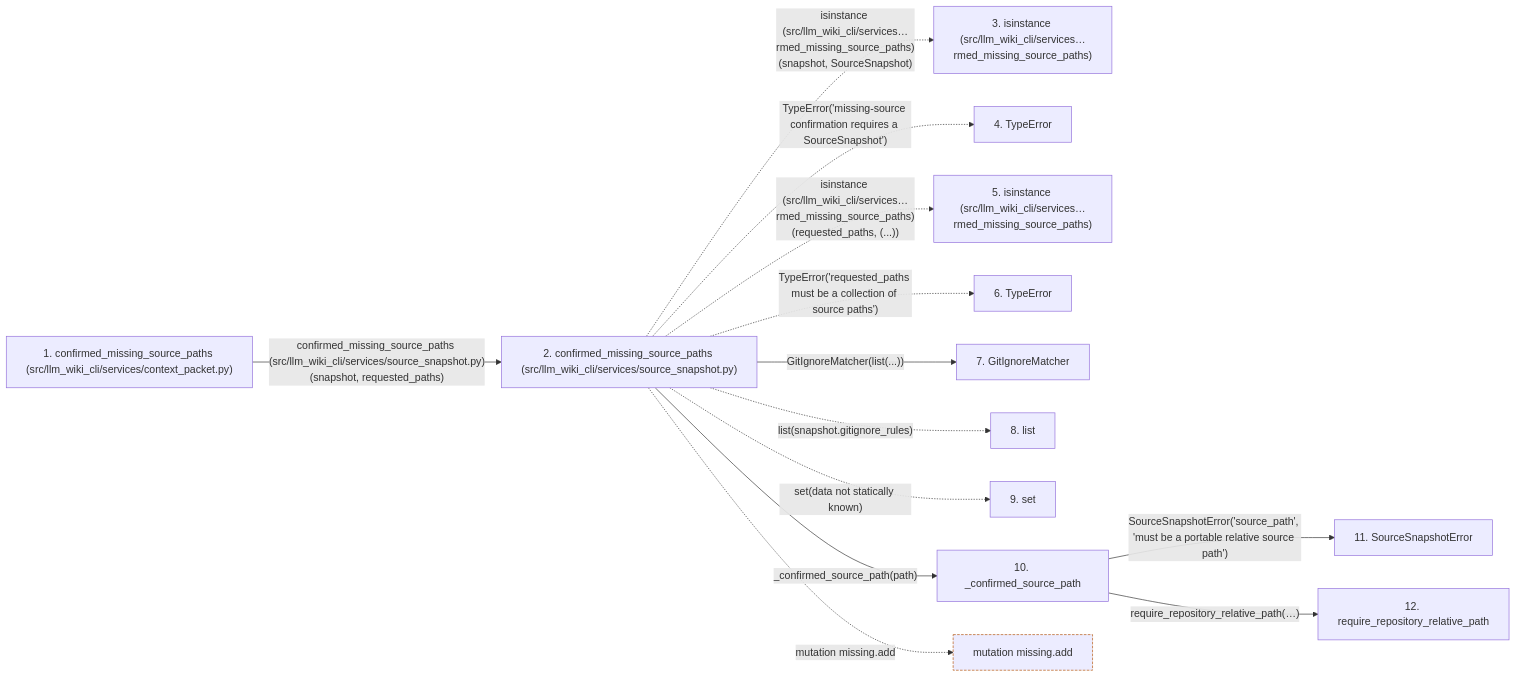
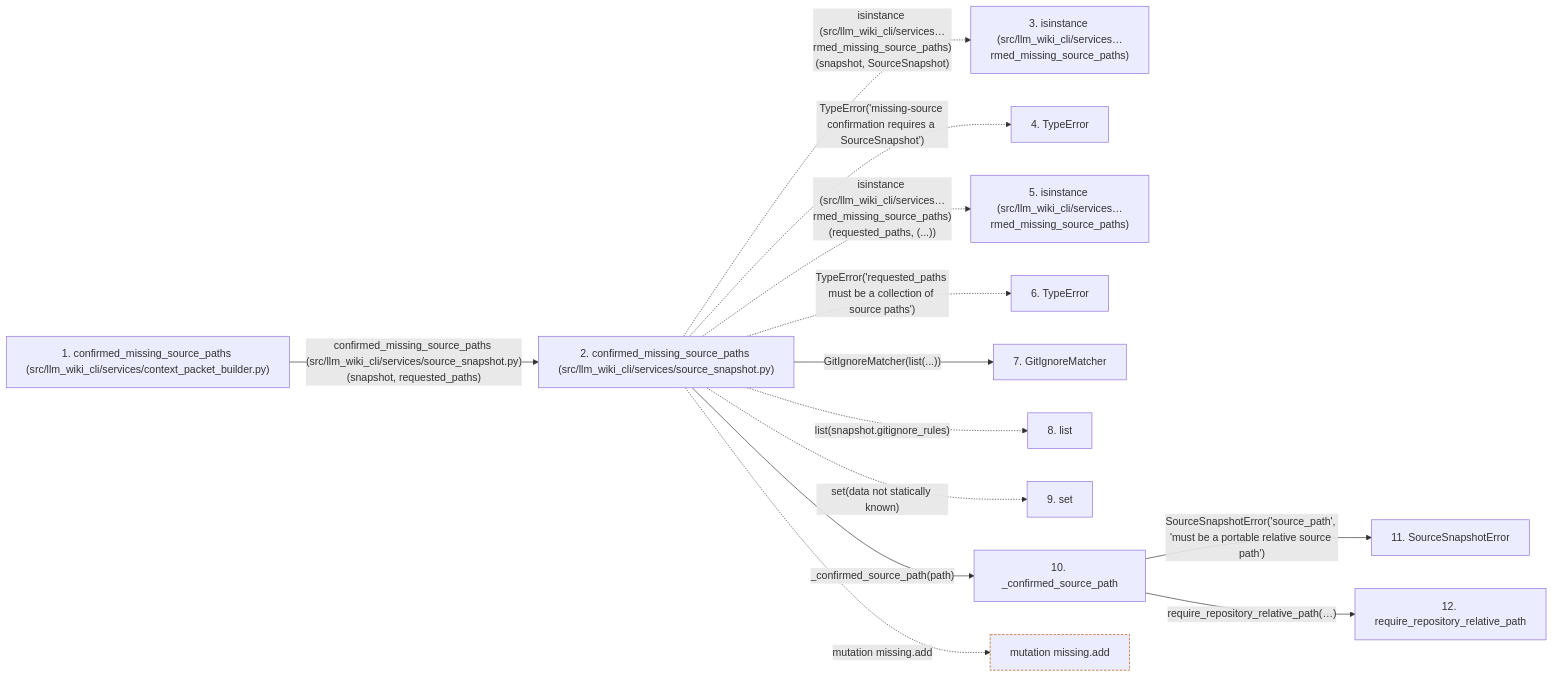
One commit to Denissvgn/python-wiki-llm changed the second of 2 diagrams in docs/llm_wiki/flows/api-confirmed_missing_source_paths.md. Above: the diagram before and after it, drawn with Mermaid. The commit also changed other lines of this file and 1555 other files, not shown here.

````diff
--- a/docs/llm_wiki/flows/api-confirmed_missing_source_paths.md
+++ b/docs/llm_wiki/flows/api-confirmed_missing_source_paths.md
@@ -138,36 +140,36 @@
 ```mermaid
 flowchart LR
-    s1["1. confirmed_missing_source_paths (src/llm_wiki_cli/services/context_packet.py)"]
+    s1["1. confirmed_missing_source_paths (src/llm_wiki_cli/services/context_packet_builder.py)"]
     s2["2. confirmed_missing_source_paths (src/llm_wiki_cli/services/source_snapshot.py)"]
     s3["3. isinstance (src/llm_wiki_cli/services…rmed_missing_source_paths)"]
     s4["4. TypeError"]
     s5["5. isinstance (src/llm_wiki_cli/services…rmed_missing_source_paths)"]
     s6["6. TypeError"]
     s7["7. GitIgnoreMatcher"]
     s8["8. list"]
     s9["9. set"]
     s10["10. _confirmed_source_path"]
     s11["11. SourceSnapshotError"]
     s12["12. require_repository_relative_path"]
     s1 -->|"confirmed_missing_source_paths (src/llm_wiki_cli/services/source_snapshot.py)(snapshot, requested_paths)"| s2
     s2 -. "isinstance (src/llm_wiki_cli/services…rmed_missing_source_paths)(snapshot, SourceSnapshot)" .-> s3
     s2 -. "TypeError('missing-source confirmation requires a SourceSnapshot')" .-> s4
     s2 -. "isinstance (src/llm_wiki_cli/services…rmed_missing_source_paths)(requested_paths, (...))" .-> s5
     s2 -. "TypeError('requested_paths must be a collection of source paths')" .-> s6
     s2 -->|"GitIgnoreMatcher(list(...))"| s7
     s2 -. "list(snapshot.gitignore_rules)" .-> s8
     s2 -. "set(data not statically known)" .-> s9
     s2 -->|"_confirmed_source_path(path)"| s10
     s10 -->|"SourceSnapshotError('source_path', 'must be a portable relative source path')"| s11
     s10 -->|"require_repository_relative_path(…)"| s12
     b0["mutation missing.add"]
     s2 -. "mutation missing.add" .-> b0
-    click s1 "../modules/context_packet.md"
+    click s1 "../modules/context_packet_builder.md"
     click s2 "../modules/source_snapshot.md"
-    click s7 "../modules/config.md"
+    click s7 "../modules/gitignore.md"
     click s10 "../modules/source_snapshot.md"
     click s11 "../modules/source_snapshot.md"
     click s12 "../modules/validation.md"
     classDef boundary stroke:#b45309,stroke-dasharray: 4 2
     class b0 boundary
 ```
````
